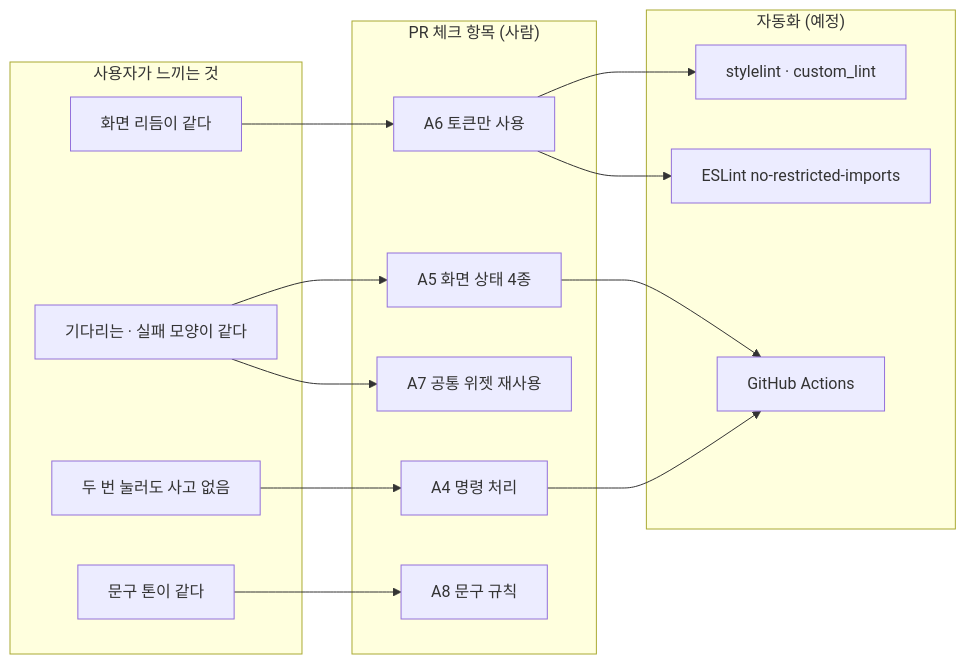
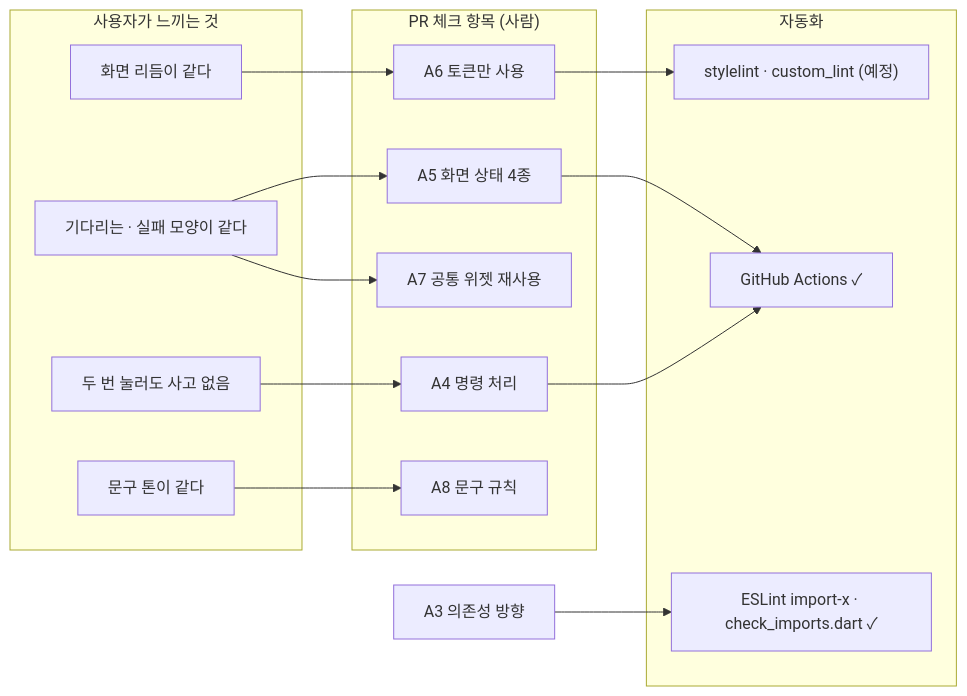
One commit to JECT-Study/highfive-5th-Client changed diagram 15 of 15 in docs/overview.md. Above: the diagram before and after it, drawn with Mermaid. The commit also changed other lines of this file and 6 other files, not shown here.

````diff
--- a/docs/overview.md
+++ b/docs/overview.md
@@ -353,27 +353,27 @@
 ```mermaid
 flowchart LR
   subgraph feel["사용자가 느끼는 것"]
     f1["화면 리듬이 같다"]
     f2["기다리는 · 실패 모양이 같다"]
     f3["두 번 눌러도 사고 없음"]
     f4["문구 톤이 같다"]
   end
   subgraph check["PR 체크 항목 (사람)"]
     a6["A6 토큰만 사용"]
     a5["A5 화면 상태 4종"]
     a7["A7 공통 위젯 재사용"]
     a4["A4 명령 처리"]
     a8["A8 문구 규칙"]
   end
-  subgraph auto["자동화 (예정)"]
-    l1["stylelint · custom_lint"]
-    l2["GitHub Actions"]
-    l3["ESLint no-restricted-imports"]
+  subgraph auto["자동화"]
+    l1["stylelint · custom_lint (예정)"]
+    l2["GitHub Actions ✓"]
+    l3["ESLint import-x · check_imports.dart ✓"]
   end
   f1 --> a6 --> l1
   f2 --> a5 --> l2
   f2 --> a7
   f3 --> a4 --> l2
   f4 --> a8
-  a6 --> l3
+  a3["A3 의존성 방향"] --> l3
 ```
````
